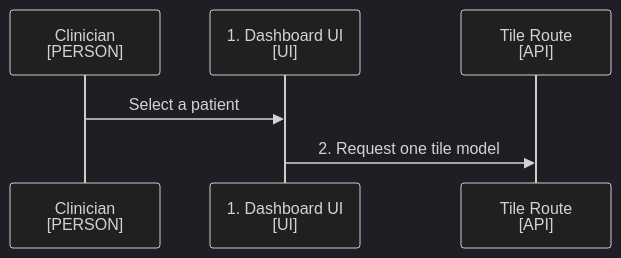
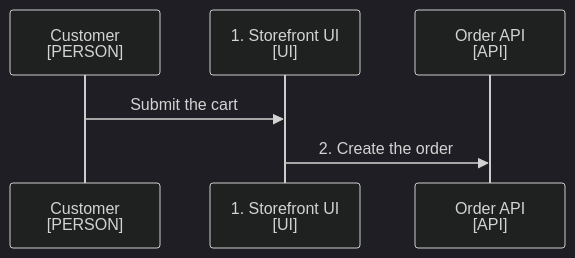
One commit to choonchernlim/skills changed the diagram in skills/docsmith/scripts/fixtures/bad/mmd-sequence.md. Above: the diagram before and after it, drawn with Mermaid (dark theme). The commit also changed other lines of this file and 31 other files, not shown here.

````diff
--- a/skills/docsmith/scripts/fixtures/bad/mmd-sequence.md
+++ b/skills/docsmith/scripts/fixtures/bad/mmd-sequence.md
@@ -14,9 +14,9 @@
 ```mermaid
 sequenceDiagram
-  participant Clinician as Clinician<br/>[PERSON]
-  participant Browser as 1. Dashboard UI<br/>[UI]
-  participant Route as Tile Route<br/>[API]
+  participant Customer as Customer<br/>[PERSON]
+  participant Browser as 1. Storefront UI<br/>[UI]
+  participant Route as Order API<br/>[API]
 
-  Clinician->>Browser: Select a patient
-  Browser->>Route: 2. Request one tile model
+  Customer->>Browser: Submit the cart
+  Browser->>Route: 2. Create the order
 ```
````
